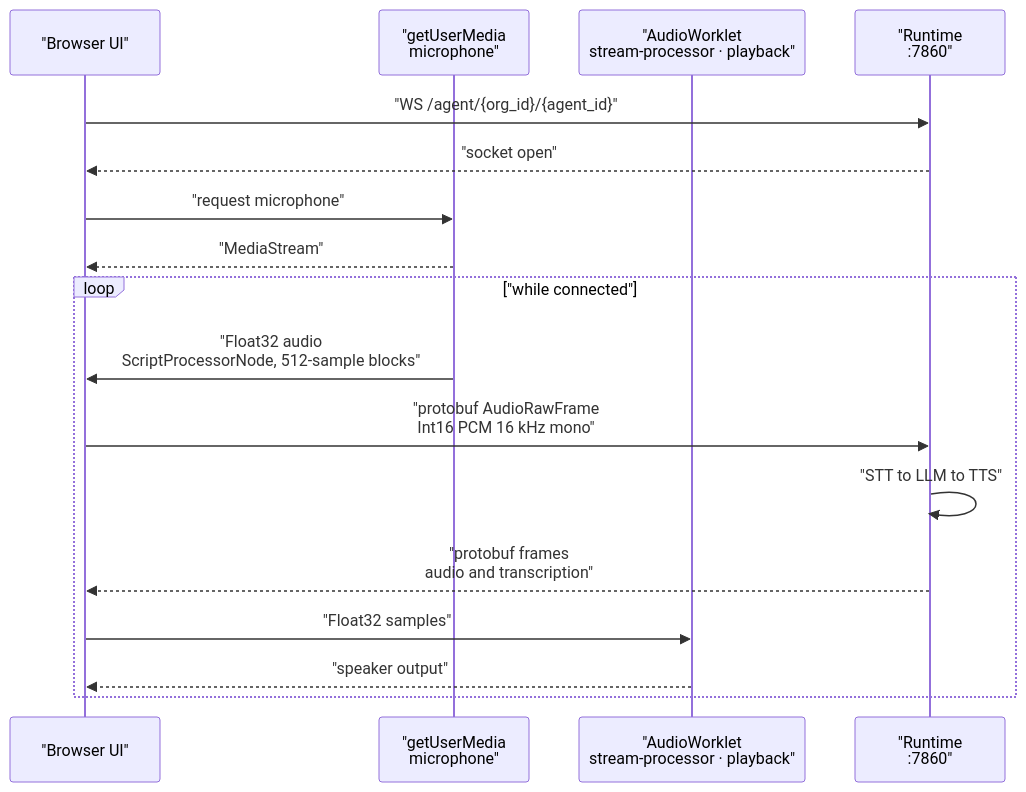
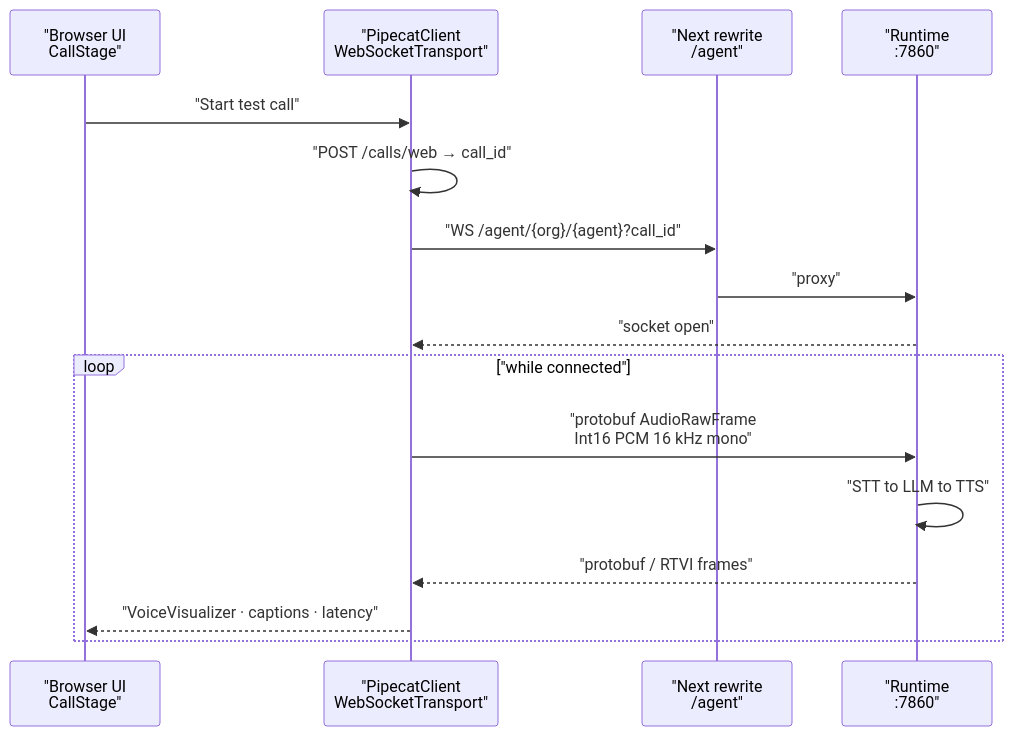
One commit to COSS-India/VoicEra changed the diagram in docs/developer/frontend/test-calls.md. Above: the diagram before and after it, drawn with Mermaid. The commit also changed other lines of this file and 13 other files, not shown here.

````diff
--- a/docs/developer/frontend/test-calls.md
+++ b/docs/developer/frontend/test-calls.md
@@ -37,20 +37,19 @@
 ```mermaid
 sequenceDiagram
-  participant B as "Browser UI"
-  participant M as "getUserMedia<br/>microphone"
-  participant W as "AudioWorklet<br/>stream-processor · playback"
+  participant B as "Browser UI<br/>CallStage"
+  participant P as "PipecatClient<br/>WebSocketTransport"
+  participant N as "Next rewrite<br/>/agent"
   participant R as "Runtime<br/>:7860"
 
-  B->>R: "WS /agent/{org_id}/{agent_id}"
-  R-->>B: "socket open"
-  B->>M: "request microphone"
-  M-->>B: "MediaStream"
+  B->>P: "Start test call"
+  P->>P: "POST /calls/web → call_id"
+  P->>N: "WS /agent/{org}/{agent}?call_id"
+  N->>R: "proxy"
+  R-->>P: "socket open"
   loop "while connected"
-    M->>B: "Float32 audio<br/>ScriptProcessorNode, 512-sample blocks"
-    B->>R: "protobuf AudioRawFrame<br/>Int16 PCM 16 kHz mono"
+    P->>R: "protobuf AudioRawFrame<br/>Int16 PCM 16 kHz mono"
     R->>R: "STT to LLM to TTS"
-    R-->>B: "protobuf frames<br/>audio and transcription"
-    B->>W: "Float32 samples"
-    W-->>B: "speaker output"
+    R-->>P: "protobuf / RTVI frames"
+    P-->>B: "VoiceVisualizer · captions · latency"
   end
 ```
````
